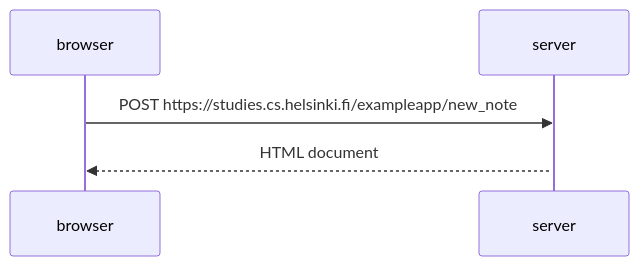
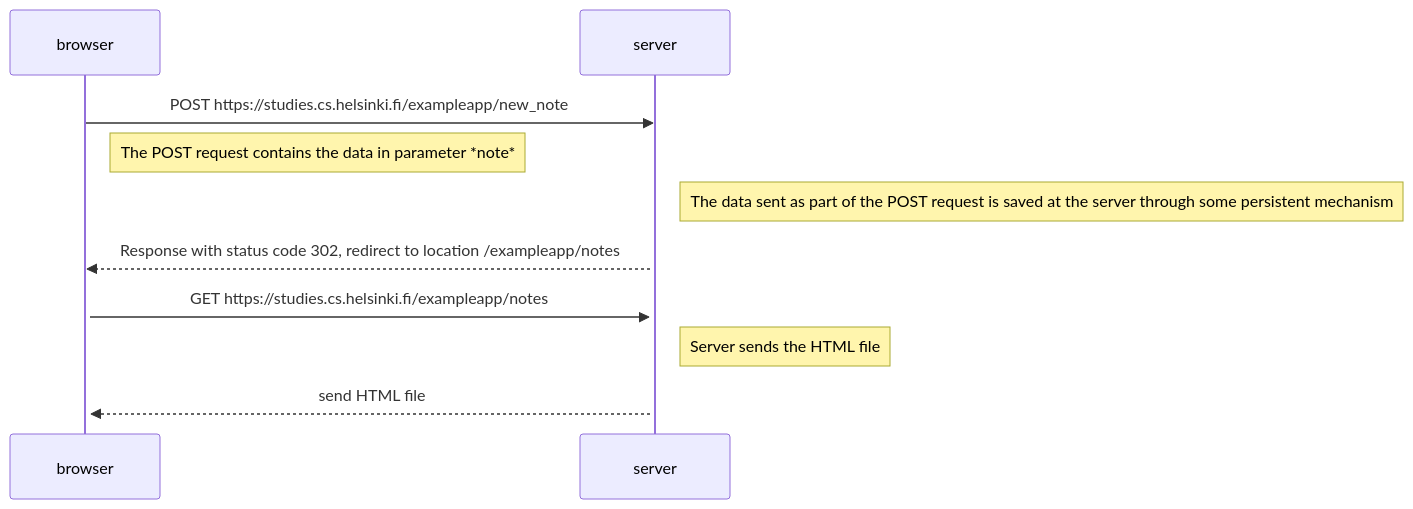
One commit to quarkgluons/fullstackopen changed the diagram in part0/0.4/note_diagram.md. Above: the diagram before and after it, drawn with Mermaid.

Commit message:
Test Mermaid Sequence Diagram

````diff
--- a/part0/0.4/note_diagram.md
+++ b/part0/0.4/note_diagram.md
@@ -1,9 +1,18 @@
 ```mermaid
 sequenceDiagram
     participant browser
     participant server
     
     browser->>server: POST https://studies.cs.helsinki.fi/exampleapp/new_note
+    Note right of browser: The POST request contains the data in parameter *note*
     activate server
-    server-->>browser: HTML document
+    Note right of server: The data sent as part of the POST request is saved at the server through some persistent mechanism
+    server-->>browser: Response with status code 302, redirect to location /exampleapp/notes 
+    activate browser
+    browser->>server: GET https://studies.cs.helsinki.fi/exampleapp/notes
+    activate server
+    Note right of server: Server sends the HTML file
+    server-->>browser: send HTML file
+    activate browser
+    
 ```
````
